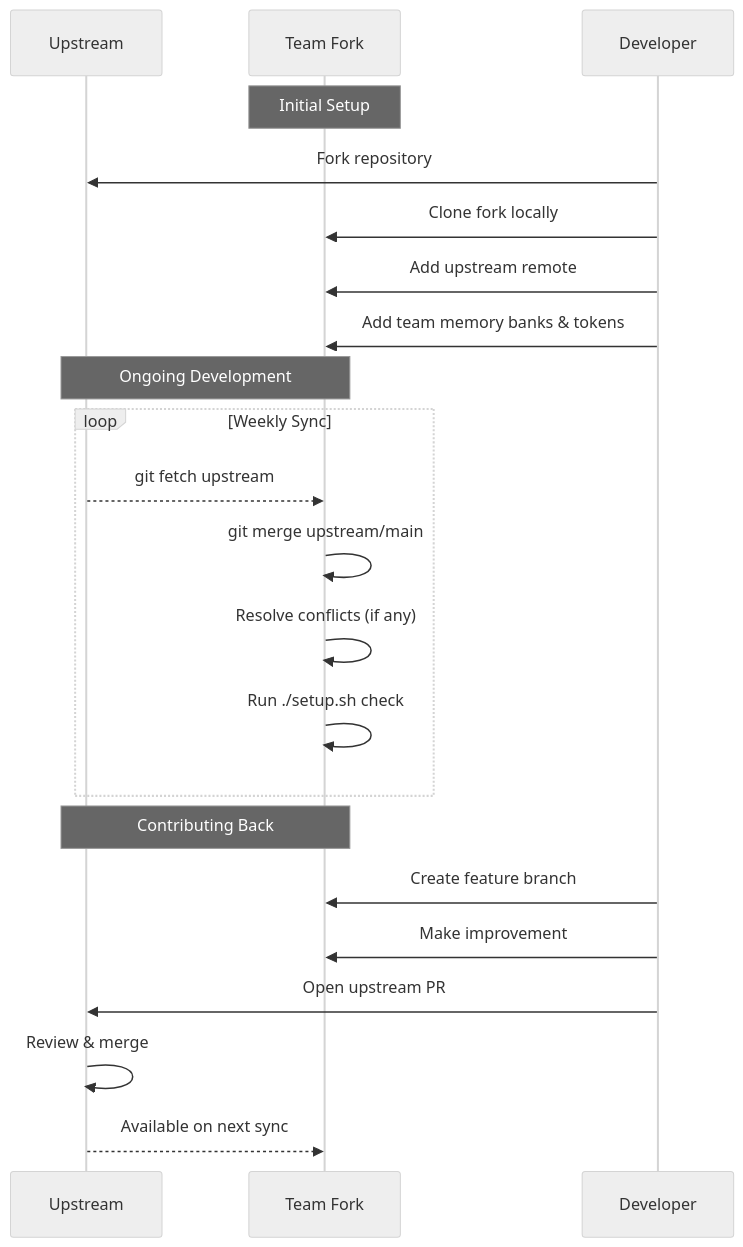
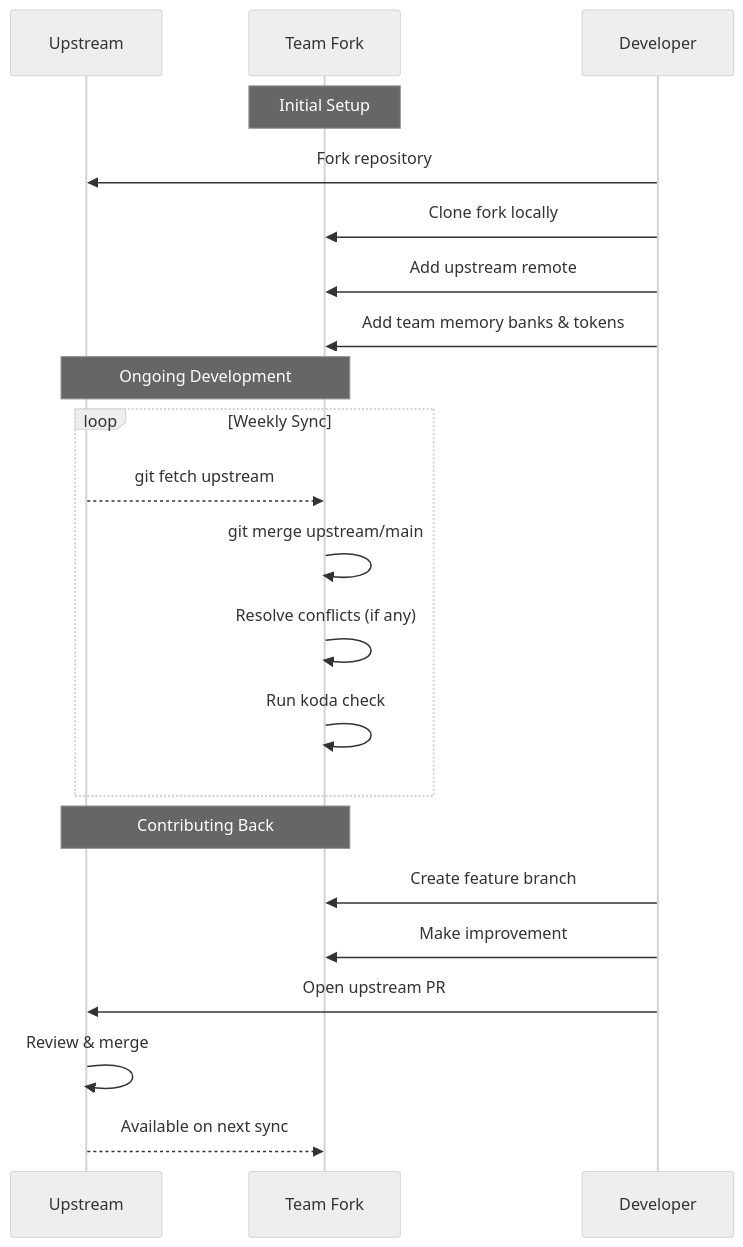
One commit to rsanchez-disney/steer-runtime changed the second of 3 diagrams in docs/FORK_STRATEGY.md. Above: the diagram before and after it, drawn with Mermaid (neutral theme). The commit also changed other lines of this file and 21 other files, not shown here.

First line of the commit message:
docs: migrate setup.sh references to koda across all documentation

````diff
--- a/docs/FORK_STRATEGY.md
+++ b/docs/FORK_STRATEGY.md
@@ -76,27 +76,27 @@
 ```mermaid
 sequenceDiagram
     participant U as Upstream
     participant F as Team Fork
     participant D as Developer
 
     Note over F: Initial Setup
     D->>U: Fork repository
     D->>F: Clone fork locally
     D->>F: Add upstream remote
     D->>F: Add team memory banks & tokens
 
     Note over U,F: Ongoing Development
     loop Weekly Sync
         U-->>F: git fetch upstream
         F->>F: git merge upstream/main
         F->>F: Resolve conflicts (if any)
-        F->>F: Run ./setup.sh check
+        F->>F: Run koda check
     end
 
     Note over U,F: Contributing Back
     D->>F: Create feature branch
     D->>F: Make improvement
     D->>U: Open upstream PR
     U->>U: Review & merge
     U-->>F: Available on next sync
 ```
````
